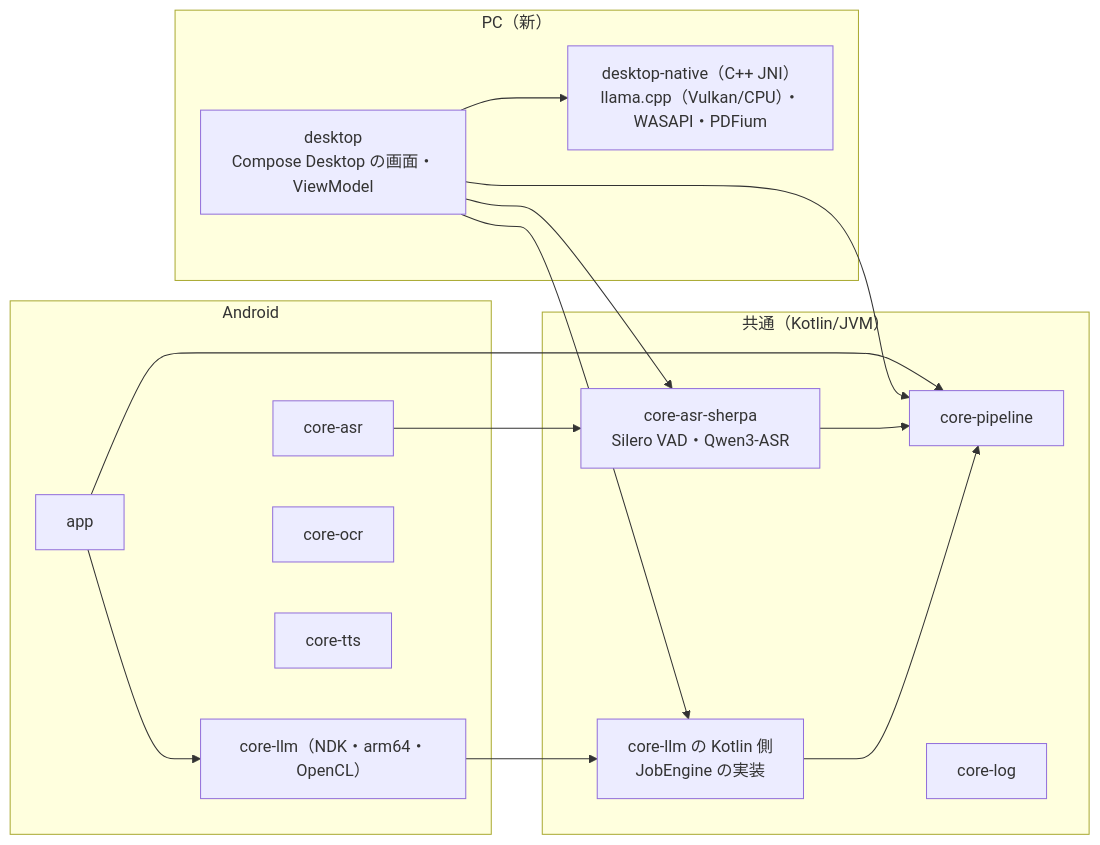
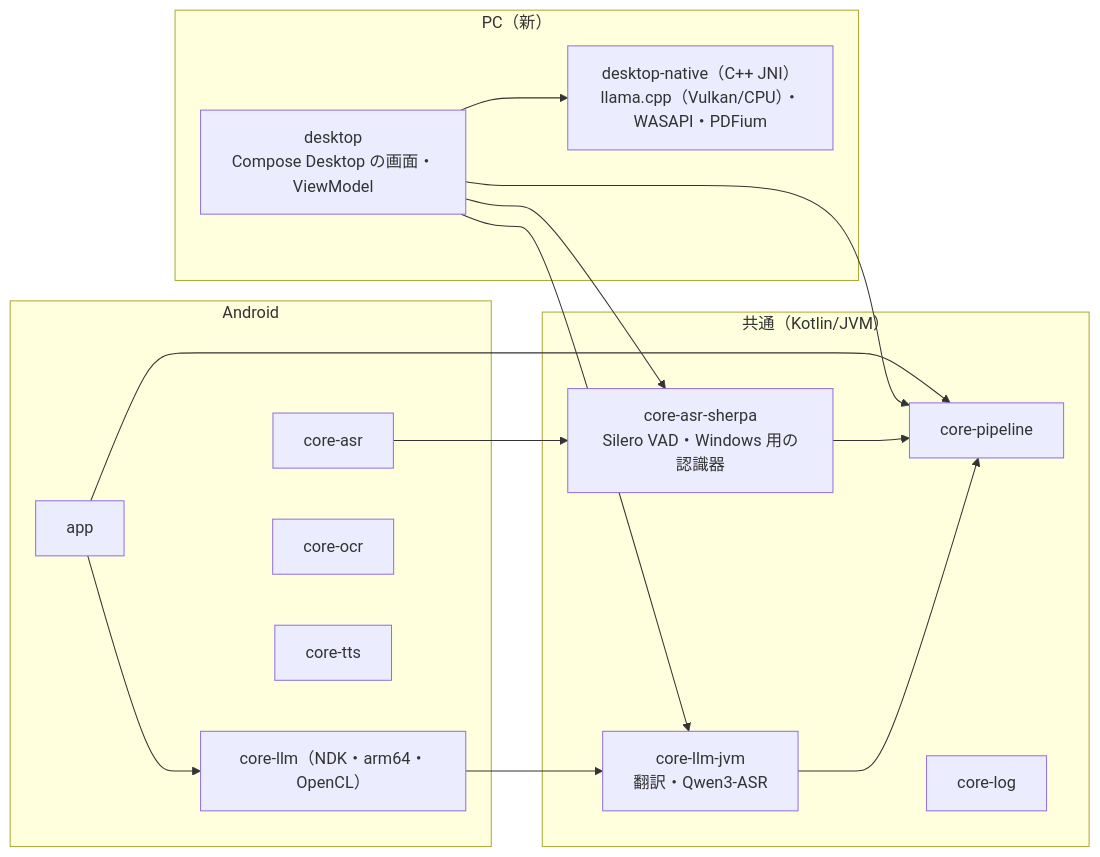
One commit to kagerouttepaso/PlamoTranslate changed the first of 2 diagrams in docs/作業中/PC版を足す計画.md. Above: the diagram before and after it, drawn with Mermaid. The commit also changed other lines of this file and 11 other files, not shown here.

````diff
--- a/docs/作業中/PC版を足す計画.md
+++ b/docs/作業中/PC版を足す計画.md
@@ -13,30 +13,30 @@
 ```mermaid
 flowchart LR
     subgraph 共通["共通（Kotlin/JVM）"]
         CP[core-pipeline]
         CL[core-log]
-        LLMK["core-llm の Kotlin 側<br/>JobEngine の実装"]
-        SHERPA["core-asr-sherpa<br/>Silero VAD・Qwen3-ASR"]
+        LLMK["core-llm-jvm<br/>翻訳・Qwen3-ASR"]
+        SHERPA["core-asr-sherpa<br/>Silero VAD・Windows 用の認識器"]
     end
     subgraph Android
         APP[app]
         LLMA["core-llm（NDK・arm64・OpenCL）"]
         ASR[core-asr]
         OCR[core-ocr]
         TTS[core-tts]
     end
     subgraph PC["PC（新）"]
         DAPP["desktop<br/>Compose Desktop の画面・ViewModel"]
         DN["desktop-native（C++ JNI）<br/>llama.cpp（Vulkan/CPU）・WASAPI・PDFium"]
     end
     APP --> CP
     APP --> LLMA
     LLMA --> LLMK
     DAPP --> CP
     DAPP --> LLMK
     DAPP --> DN
     DAPP --> SHERPA
     ASR --> SHERPA
     SHERPA --> CP
     LLMK --> CP
 ```
````
